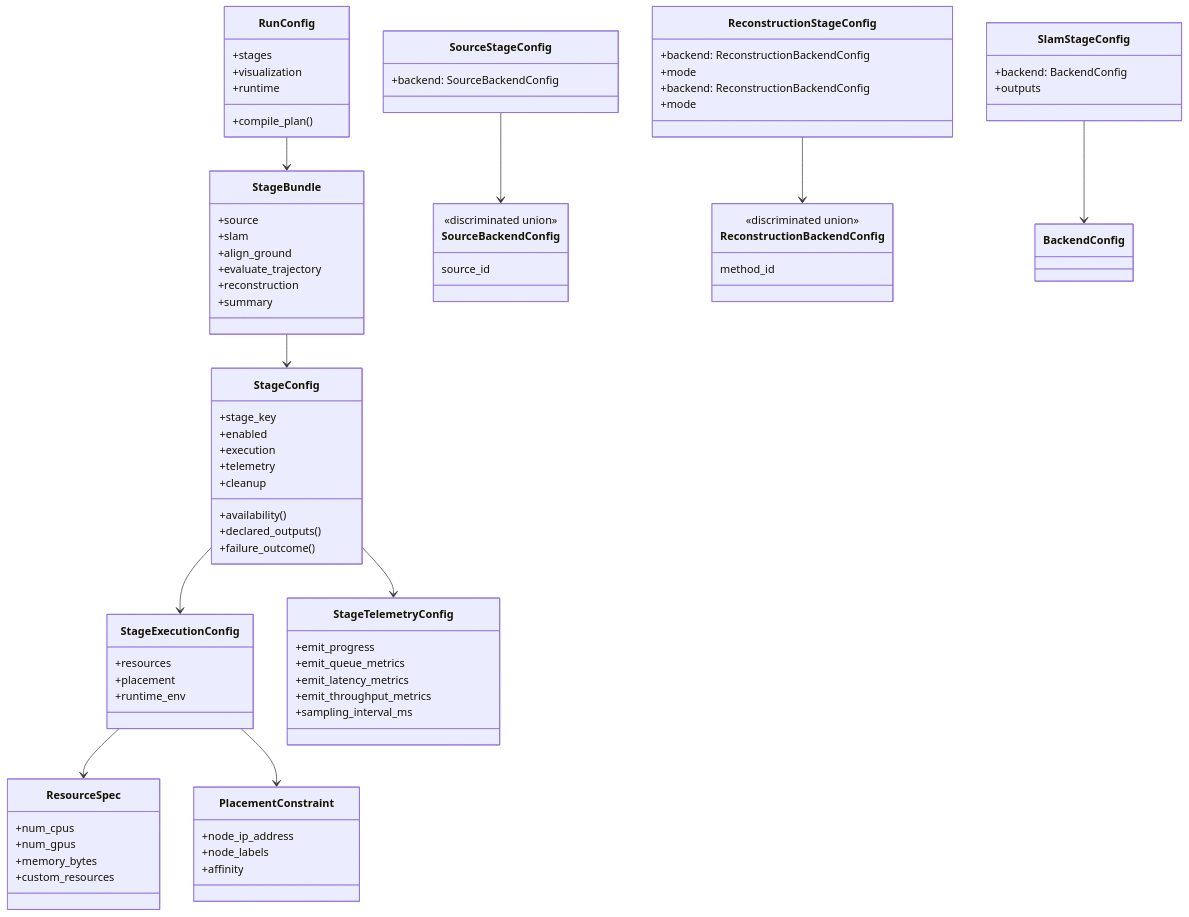
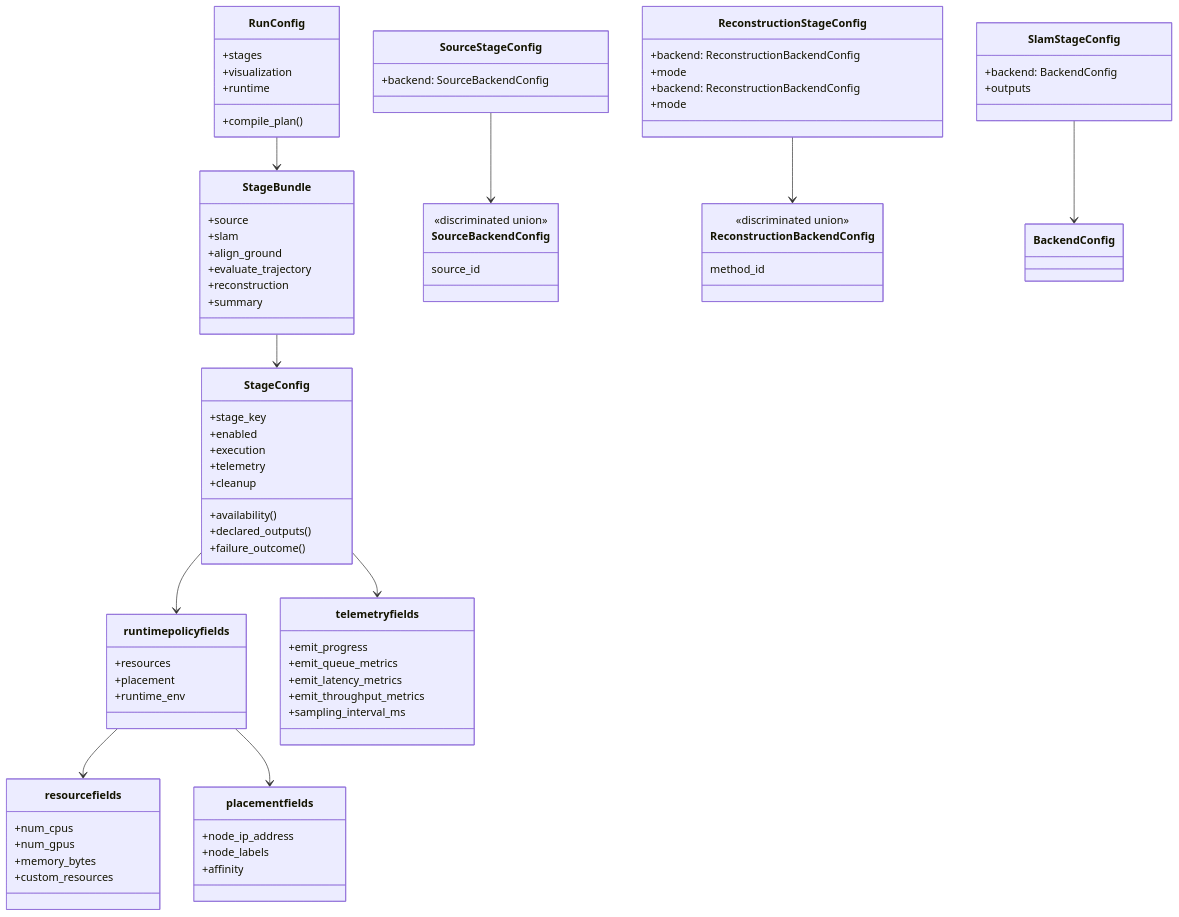
Before and after one commit to JanDuchscherer104/prml-vslam: the fifth of 18 diagrams in docs/architecture/pipeline-stage-refactor-target.md, drawn with Mermaid. The commit also changed other lines of this file and 65 other files, not shown here.

Commit message:
refactor(pipeline): simplify stage config and cache surface

```diff
--- a/docs/architecture/pipeline-stage-refactor-target.md
+++ b/docs/architecture/pipeline-stage-refactor-target.md
@@ -603,26 +603,26 @@
         +mode
     }
 
-    class StageExecutionConfig {
+    class runtime policy fields {
         +resources
         +placement
         +runtime_env
     }
 
-    class ResourceSpec {
+    class resource fields {
         +num_cpus
         +num_gpus
         +memory_bytes
         +custom_resources
     }
 
-    class PlacementConstraint {
+    class placement fields {
         +node_ip_address
         +node_labels
         +affinity
     }
 
-    class StageTelemetryConfig {
+    class telemetry fields {
         +emit_progress
         +emit_queue_metrics
         +emit_latency_metrics
@@ -632,10 +632,10 @@
 
     RunConfig --> StageBundle
     StageBundle --> StageConfig
-    StageConfig --> StageExecutionConfig
-    StageConfig --> StageTelemetryConfig
-    StageExecutionConfig --> ResourceSpec
-    StageExecutionConfig --> PlacementConstraint
+    StageConfig --> runtime policy fields
+    StageConfig --> telemetry fields
+    runtime policy fields --> resource fields
+    runtime policy fields --> placement fields
     SourceStageConfig --> SourceBackendConfig
     SlamStageConfig --> BackendConfig
     ReconstructionStageConfig --> ReconstructionBackendConfig
```
